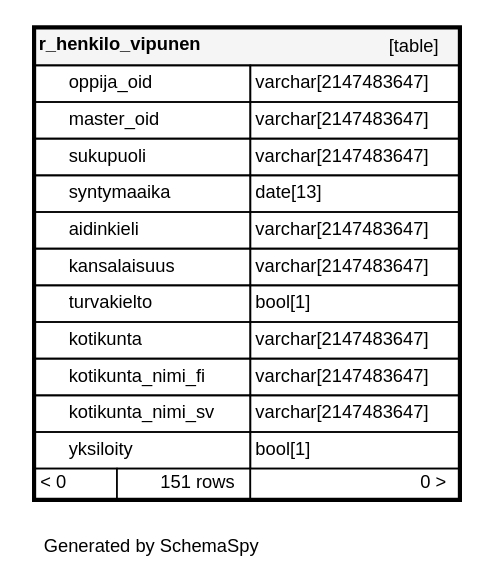
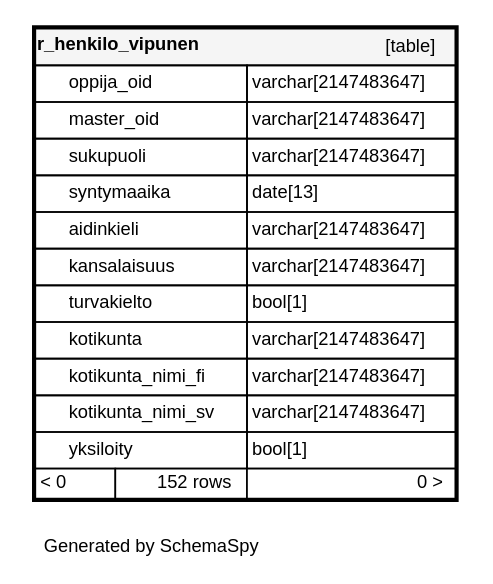
One commit to Opetushallitus/koski changed the diagram in documentation/tietokantaskeemat/koski-raportointikanta/diagrams/tables/r_henkilo_vipunen.1degree.dot. Above: the diagram before and after it, drawn with Graphviz. The commit also changed 241 other files, not shown here.

```diff
--- a/documentation/tietokantaskeemat/koski-raportointikanta/diagrams/tables/r_henkilo_vipunen.1degree.dot
+++ b/documentation/tietokantaskeemat/koski-raportointikanta/diagrams/tables/r_henkilo_vipunen.1degree.dot
@@ -1,24 +1,24 @@
 digraph "oneDegreeRelationshipsDiagram" {
   graph [    rankdir="RL"    bgcolor="#ffffff"    label="\nGenerated by SchemaSpy"    labeljust="l"    nodesep="0.18"    ranksep="0.46"    fontname="Helvetica"    fontsize="11"    ration="compress"  ];  node [    fontname="Helvetica"    fontsize="11"    shape="plaintext"  ];  edge [    arrowsize="0.8"  ];
   "r_henkilo_vipunen" [
    label=<
     <TABLE BORDER="2" CELLBORDER="1" CELLSPACING="0" BGCOLOR="#ffffff">
-      <TR><TD COLSPAN="4"  BGCOLOR="#f5f5f5"><TABLE BORDER="0" CELLSPACING="0"><TR><TD ALIGN="LEFT" FIXEDSIZE="TRUE" WIDTH="108" HEIGHT="16"><B>r_henkilo_vipunen</B></TD><TD ALIGN="RIGHT">[table]</TD></TR></TABLE></TD></TR>
-      <TR><TD PORT="oppija_oid" COLSPAN="2" ALIGN="LEFT"><TABLE BORDER="0" CELLSPACING="0" ALIGN="LEFT"><TR ALIGN="LEFT"><TD ALIGN="LEFT" FIXEDSIZE="TRUE" WIDTH="15" HEIGHT="16"></TD><TD ALIGN="LEFT" FIXEDSIZE="TRUE" WIDTH="108" HEIGHT="16">oppija_oid</TD></TR></TABLE></TD><TD PORT="oppija_oid.type" ALIGN="LEFT">varchar[2147483647]</TD></TR>
-      <TR><TD PORT="master_oid" COLSPAN="2" ALIGN="LEFT"><TABLE BORDER="0" CELLSPACING="0" ALIGN="LEFT"><TR ALIGN="LEFT"><TD ALIGN="LEFT" FIXEDSIZE="TRUE" WIDTH="15" HEIGHT="16"></TD><TD ALIGN="LEFT" FIXEDSIZE="TRUE" WIDTH="108" HEIGHT="16">master_oid</TD></TR></TABLE></TD><TD PORT="master_oid.type" ALIGN="LEFT">varchar[2147483647]</TD></TR>
-      <TR><TD PORT="sukupuoli" COLSPAN="2" ALIGN="LEFT"><TABLE BORDER="0" CELLSPACING="0" ALIGN="LEFT"><TR ALIGN="LEFT"><TD ALIGN="LEFT" FIXEDSIZE="TRUE" WIDTH="15" HEIGHT="16"></TD><TD ALIGN="LEFT" FIXEDSIZE="TRUE" WIDTH="108" HEIGHT="16">sukupuoli</TD></TR></TABLE></TD><TD PORT="sukupuoli.type" ALIGN="LEFT">varchar[2147483647]</TD></TR>
-      <TR><TD PORT="syntymaaika" COLSPAN="2" ALIGN="LEFT"><TABLE BORDER="0" CELLSPACING="0" ALIGN="LEFT"><TR ALIGN="LEFT"><TD ALIGN="LEFT" FIXEDSIZE="TRUE" WIDTH="15" HEIGHT="16"></TD><TD ALIGN="LEFT" FIXEDSIZE="TRUE" WIDTH="108" HEIGHT="16">syntymaaika</TD></TR></TABLE></TD><TD PORT="syntymaaika.type" ALIGN="LEFT">date[13]</TD></TR>
-      <TR><TD PORT="aidinkieli" COLSPAN="2" ALIGN="LEFT"><TABLE BORDER="0" CELLSPACING="0" ALIGN="LEFT"><TR ALIGN="LEFT"><TD ALIGN="LEFT" FIXEDSIZE="TRUE" WIDTH="15" HEIGHT="16"></TD><TD ALIGN="LEFT" FIXEDSIZE="TRUE" WIDTH="108" HEIGHT="16">aidinkieli</TD></TR></TABLE></TD><TD PORT="aidinkieli.type" ALIGN="LEFT">varchar[2147483647]</TD></TR>
-      <TR><TD PORT="kansalaisuus" COLSPAN="2" ALIGN="LEFT"><TABLE BORDER="0" CELLSPACING="0" ALIGN="LEFT"><TR ALIGN="LEFT"><TD ALIGN="LEFT" FIXEDSIZE="TRUE" WIDTH="15" HEIGHT="16"></TD><TD ALIGN="LEFT" FIXEDSIZE="TRUE" WIDTH="108" HEIGHT="16">kansalaisuus</TD></TR></TABLE></TD><TD PORT="kansalaisuus.type" ALIGN="LEFT">varchar[2147483647]</TD></TR>
-      <TR><TD PORT="turvakielto" COLSPAN="2" ALIGN="LEFT"><TABLE BORDER="0" CELLSPACING="0" ALIGN="LEFT"><TR ALIGN="LEFT"><TD ALIGN="LEFT" FIXEDSIZE="TRUE" WIDTH="15" HEIGHT="16"></TD><TD ALIGN="LEFT" FIXEDSIZE="TRUE" WIDTH="108" HEIGHT="16">turvakielto</TD></TR></TABLE></TD><TD PORT="turvakielto.type" ALIGN="LEFT">bool[1]</TD></TR>
-      <TR><TD PORT="kotikunta" COLSPAN="2" ALIGN="LEFT"><TABLE BORDER="0" CELLSPACING="0" ALIGN="LEFT"><TR ALIGN="LEFT"><TD ALIGN="LEFT" FIXEDSIZE="TRUE" WIDTH="15" HEIGHT="16"></TD><TD ALIGN="LEFT" FIXEDSIZE="TRUE" WIDTH="108" HEIGHT="16">kotikunta</TD></TR></TABLE></TD><TD PORT="kotikunta.type" ALIGN="LEFT">varchar[2147483647]</TD></TR>
-      <TR><TD PORT="kotikunta_nimi_fi" COLSPAN="2" ALIGN="LEFT"><TABLE BORDER="0" CELLSPACING="0" ALIGN="LEFT"><TR ALIGN="LEFT"><TD ALIGN="LEFT" FIXEDSIZE="TRUE" WIDTH="15" HEIGHT="16"></TD><TD ALIGN="LEFT" FIXEDSIZE="TRUE" WIDTH="108" HEIGHT="16">kotikunta_nimi_fi</TD></TR></TABLE></TD><TD PORT="kotikunta_nimi_fi.type" ALIGN="LEFT">varchar[2147483647]</TD></TR>
-      <TR><TD PORT="kotikunta_nimi_sv" COLSPAN="2" ALIGN="LEFT"><TABLE BORDER="0" CELLSPACING="0" ALIGN="LEFT"><TR ALIGN="LEFT"><TD ALIGN="LEFT" FIXEDSIZE="TRUE" WIDTH="15" HEIGHT="16"></TD><TD ALIGN="LEFT" FIXEDSIZE="TRUE" WIDTH="108" HEIGHT="16">kotikunta_nimi_sv</TD></TR></TABLE></TD><TD PORT="kotikunta_nimi_sv.type" ALIGN="LEFT">varchar[2147483647]</TD></TR>
-      <TR><TD PORT="yksiloity" COLSPAN="2" ALIGN="LEFT"><TABLE BORDER="0" CELLSPACING="0" ALIGN="LEFT"><TR ALIGN="LEFT"><TD ALIGN="LEFT" FIXEDSIZE="TRUE" WIDTH="15" HEIGHT="16"></TD><TD ALIGN="LEFT" FIXEDSIZE="TRUE" WIDTH="108" HEIGHT="16">yksiloity</TD></TR></TABLE></TD><TD PORT="yksiloity.type" ALIGN="LEFT">bool[1]</TD></TR>
-      <TR><TD ALIGN="LEFT" BGCOLOR="#ffffff">&lt; 0</TD><TD ALIGN="RIGHT" BGCOLOR="#ffffff">151 rows</TD><TD ALIGN="RIGHT" BGCOLOR="#ffffff">0 &gt;</TD></TR>
+      <TR><TD COLSPAN="4"  BGCOLOR="#f5f5f5"><TABLE BORDER="0" CELLSPACING="0"><TR><TD ALIGN="LEFT" FIXEDSIZE="TRUE" WIDTH="106" HEIGHT="16"><B>r_henkilo_vipunen</B></TD><TD ALIGN="RIGHT">[table]</TD></TR></TABLE></TD></TR>
+      <TR><TD PORT="oppija_oid" COLSPAN="2" ALIGN="LEFT"><TABLE BORDER="0" CELLSPACING="0" ALIGN="LEFT"><TR ALIGN="LEFT"><TD ALIGN="LEFT" FIXEDSIZE="TRUE" WIDTH="15" HEIGHT="16"></TD><TD ALIGN="LEFT" FIXEDSIZE="TRUE" WIDTH="106" HEIGHT="16">oppija_oid</TD></TR></TABLE></TD><TD PORT="oppija_oid.type" ALIGN="LEFT">varchar[2147483647]</TD></TR>
+      <TR><TD PORT="master_oid" COLSPAN="2" ALIGN="LEFT"><TABLE BORDER="0" CELLSPACING="0" ALIGN="LEFT"><TR ALIGN="LEFT"><TD ALIGN="LEFT" FIXEDSIZE="TRUE" WIDTH="15" HEIGHT="16"></TD><TD ALIGN="LEFT" FIXEDSIZE="TRUE" WIDTH="106" HEIGHT="16">master_oid</TD></TR></TABLE></TD><TD PORT="master_oid.type" ALIGN="LEFT">varchar[2147483647]</TD></TR>
+      <TR><TD PORT="sukupuoli" COLSPAN="2" ALIGN="LEFT"><TABLE BORDER="0" CELLSPACING="0" ALIGN="LEFT"><TR ALIGN="LEFT"><TD ALIGN="LEFT" FIXEDSIZE="TRUE" WIDTH="15" HEIGHT="16"></TD><TD ALIGN="LEFT" FIXEDSIZE="TRUE" WIDTH="106" HEIGHT="16">sukupuoli</TD></TR></TABLE></TD><TD PORT="sukupuoli.type" ALIGN="LEFT">varchar[2147483647]</TD></TR>
+      <TR><TD PORT="syntymaaika" COLSPAN="2" ALIGN="LEFT"><TABLE BORDER="0" CELLSPACING="0" ALIGN="LEFT"><TR ALIGN="LEFT"><TD ALIGN="LEFT" FIXEDSIZE="TRUE" WIDTH="15" HEIGHT="16"></TD><TD ALIGN="LEFT" FIXEDSIZE="TRUE" WIDTH="106" HEIGHT="16">syntymaaika</TD></TR></TABLE></TD><TD PORT="syntymaaika.type" ALIGN="LEFT">date[13]</TD></TR>
+      <TR><TD PORT="aidinkieli" COLSPAN="2" ALIGN="LEFT"><TABLE BORDER="0" CELLSPACING="0" ALIGN="LEFT"><TR ALIGN="LEFT"><TD ALIGN="LEFT" FIXEDSIZE="TRUE" WIDTH="15" HEIGHT="16"></TD><TD ALIGN="LEFT" FIXEDSIZE="TRUE" WIDTH="106" HEIGHT="16">aidinkieli</TD></TR></TABLE></TD><TD PORT="aidinkieli.type" ALIGN="LEFT">varchar[2147483647]</TD></TR>
+      <TR><TD PORT="kansalaisuus" COLSPAN="2" ALIGN="LEFT"><TABLE BORDER="0" CELLSPACING="0" ALIGN="LEFT"><TR ALIGN="LEFT"><TD ALIGN="LEFT" FIXEDSIZE="TRUE" WIDTH="15" HEIGHT="16"></TD><TD ALIGN="LEFT" FIXEDSIZE="TRUE" WIDTH="106" HEIGHT="16">kansalaisuus</TD></TR></TABLE></TD><TD PORT="kansalaisuus.type" ALIGN="LEFT">varchar[2147483647]</TD></TR>
+      <TR><TD PORT="turvakielto" COLSPAN="2" ALIGN="LEFT"><TABLE BORDER="0" CELLSPACING="0" ALIGN="LEFT"><TR ALIGN="LEFT"><TD ALIGN="LEFT" FIXEDSIZE="TRUE" WIDTH="15" HEIGHT="16"></TD><TD ALIGN="LEFT" FIXEDSIZE="TRUE" WIDTH="106" HEIGHT="16">turvakielto</TD></TR></TABLE></TD><TD PORT="turvakielto.type" ALIGN="LEFT">bool[1]</TD></TR>
+      <TR><TD PORT="kotikunta" COLSPAN="2" ALIGN="LEFT"><TABLE BORDER="0" CELLSPACING="0" ALIGN="LEFT"><TR ALIGN="LEFT"><TD ALIGN="LEFT" FIXEDSIZE="TRUE" WIDTH="15" HEIGHT="16"></TD><TD ALIGN="LEFT" FIXEDSIZE="TRUE" WIDTH="106" HEIGHT="16">kotikunta</TD></TR></TABLE></TD><TD PORT="kotikunta.type" ALIGN="LEFT">varchar[2147483647]</TD></TR>
+      <TR><TD PORT="kotikunta_nimi_fi" COLSPAN="2" ALIGN="LEFT"><TABLE BORDER="0" CELLSPACING="0" ALIGN="LEFT"><TR ALIGN="LEFT"><TD ALIGN="LEFT" FIXEDSIZE="TRUE" WIDTH="15" HEIGHT="16"></TD><TD ALIGN="LEFT" FIXEDSIZE="TRUE" WIDTH="106" HEIGHT="16">kotikunta_nimi_fi</TD></TR></TABLE></TD><TD PORT="kotikunta_nimi_fi.type" ALIGN="LEFT">varchar[2147483647]</TD></TR>
+      <TR><TD PORT="kotikunta_nimi_sv" COLSPAN="2" ALIGN="LEFT"><TABLE BORDER="0" CELLSPACING="0" ALIGN="LEFT"><TR ALIGN="LEFT"><TD ALIGN="LEFT" FIXEDSIZE="TRUE" WIDTH="15" HEIGHT="16"></TD><TD ALIGN="LEFT" FIXEDSIZE="TRUE" WIDTH="106" HEIGHT="16">kotikunta_nimi_sv</TD></TR></TABLE></TD><TD PORT="kotikunta_nimi_sv.type" ALIGN="LEFT">varchar[2147483647]</TD></TR>
+      <TR><TD PORT="yksiloity" COLSPAN="2" ALIGN="LEFT"><TABLE BORDER="0" CELLSPACING="0" ALIGN="LEFT"><TR ALIGN="LEFT"><TD ALIGN="LEFT" FIXEDSIZE="TRUE" WIDTH="15" HEIGHT="16"></TD><TD ALIGN="LEFT" FIXEDSIZE="TRUE" WIDTH="106" HEIGHT="16">yksiloity</TD></TR></TABLE></TD><TD PORT="yksiloity.type" ALIGN="LEFT">bool[1]</TD></TR>
+      <TR><TD ALIGN="LEFT" BGCOLOR="#ffffff">&lt; 0</TD><TD ALIGN="RIGHT" BGCOLOR="#ffffff">152 rows</TD><TD ALIGN="RIGHT" BGCOLOR="#ffffff">0 &gt;</TD></TR>
     </TABLE>>
     URL="../../tables/r_henkilo_vipunen.html"
     target="_top"
     tooltip="r_henkilo_vipunen"
   ];
 }
```
